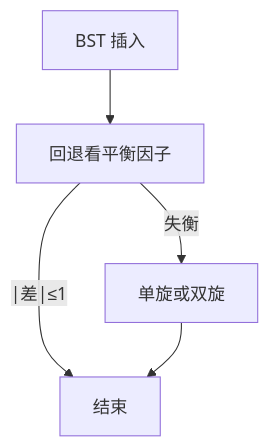
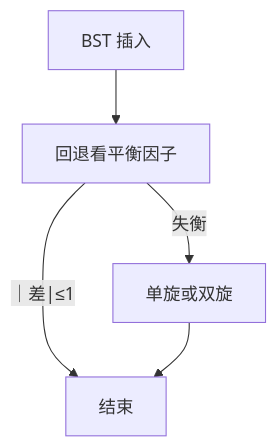
One commit to xhongduo-tech/xhongduo-tech.github.io changed the first of 2 diagrams in docs/cs/avl-rotate.md. Above: the diagram before and after it, drawn with Mermaid. The commit also changed 291 other files, not shown here.

Commit message:
Normalize lesson titles to tree names and repair mermaid arrow/quote syntax site-wide.

````diff
--- a/docs/cs/avl-rotate.md
+++ b/docs/cs/avl-rotate.md
@@ -32,7 +32,7 @@
 ```mermaid
 flowchart TD
   INS["BST 插入"] --> CHK["回退看平衡因子"]
-  CHK -->|"|差|≤1"| OK["结束"]
+  CHK -->|"｜差|≤1"| OK["结束"]
   CHK -->|"失衡"| ROT["单旋或双旋"]
   ROT --> OK
 ```
````
